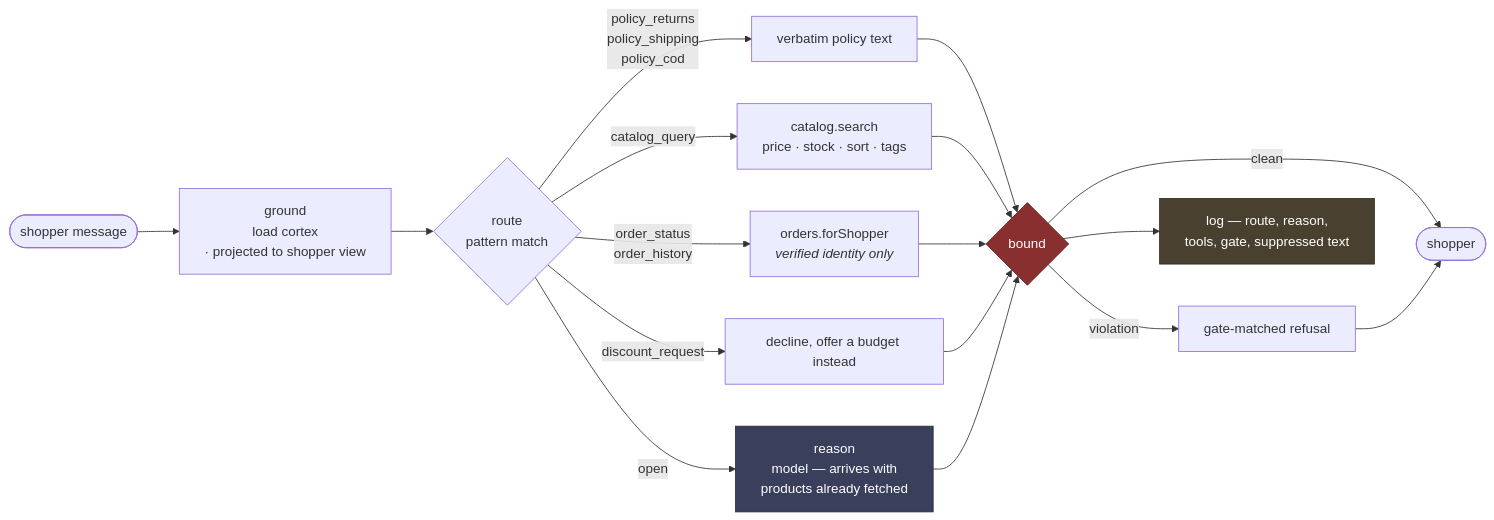
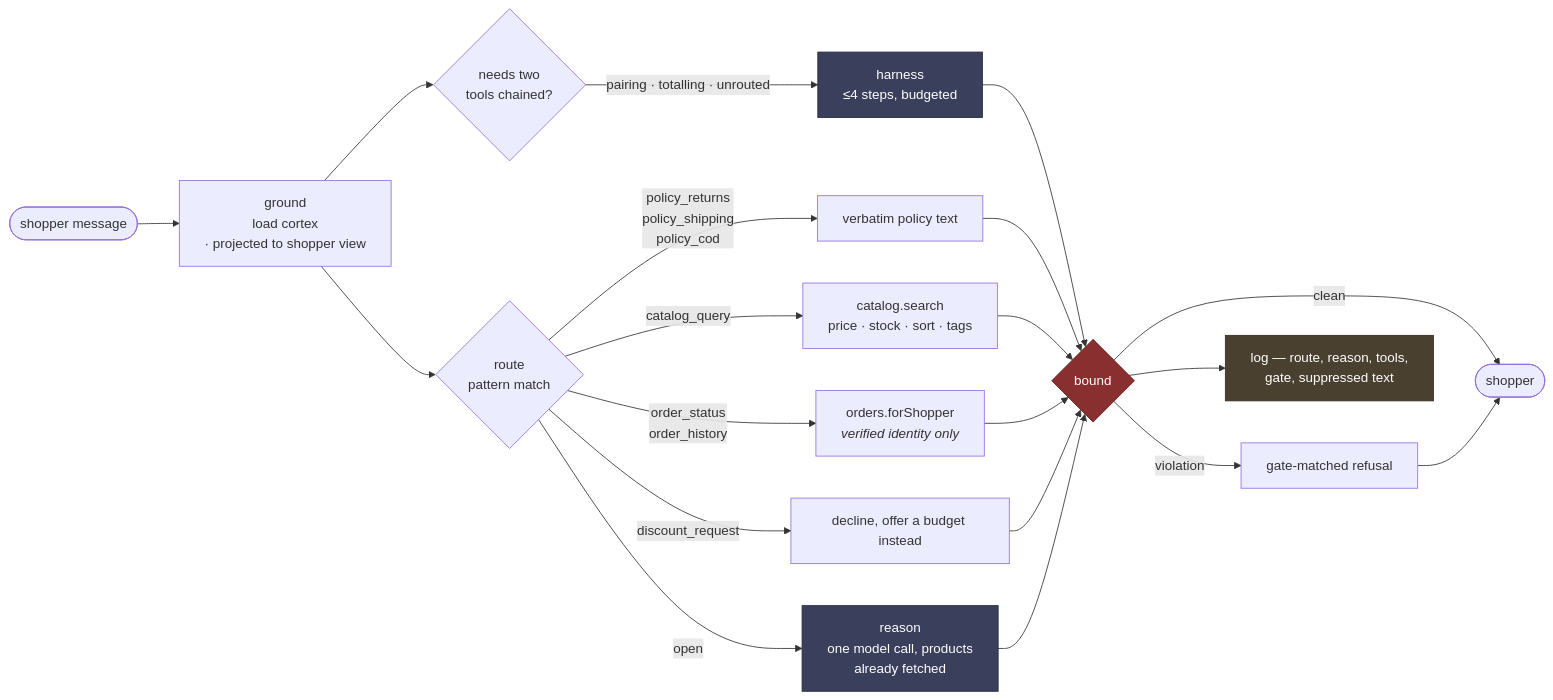
One commit to supersanchayrx/RazorPay-Buildathon changed the second of 5 diagrams in README.md. Above: the diagram before and after it, drawn with Mermaid. The commit also changed other lines of this file and 126 other files, not shown here.

````diff
--- a/README.md
+++ b/README.md
@@ -81,20 +98,25 @@
 ```mermaid
 flowchart LR
     IN(["shopper message"]) --> G["ground<br/>load cortex<br/>· projected to shopper view"]
     G --> RT{"route<br/>pattern match"}
 
     RT -->|policy_returns<br/>policy_shipping<br/>policy_cod| P["verbatim policy text"]
     RT -->|catalog_query| C["catalog.search<br/>price · stock · sort · tags"]
     RT -->|order_status<br/>order_history| O["orders.forShopper<br/><i>verified identity only</i>"]
     RT -->|discount_request| D["decline, offer a budget instead"]
-    RT -->|open| L["reason<br/>model — arrives with<br/>products already fetched"]
+    RT -->|open| L["reason<br/>one model call, products<br/>already fetched"]
+
+    G --> ES{"needs two<br/>tools chained?"}
+    ES -->|"pairing · totalling · unrouted"| HR["harness<br/>≤4 steps, budgeted"]
+    HR --> B
 
     P & C & O & D & L --> B{"bound"}
     B -->|clean| S(["shopper"])
     B -->|"violation"| RF["gate-matched refusal"] --> S
-    B --> LD["log — route, reason,<br/>tools, gate, suppressed text"]
+    B --> LD["log — route, reason, tools,<br/>gate, suppressed text"]
 
     style B fill:#8a2f2f,stroke:#5c1f1f,color:#fff
     style L fill:#3a3f5c,stroke:#272b40,color:#fff
+    style HR fill:#3a3f5c,stroke:#272b40,color:#fff
     style LD fill:#4a4030,stroke:#332c21,color:#fff
 ```
````
